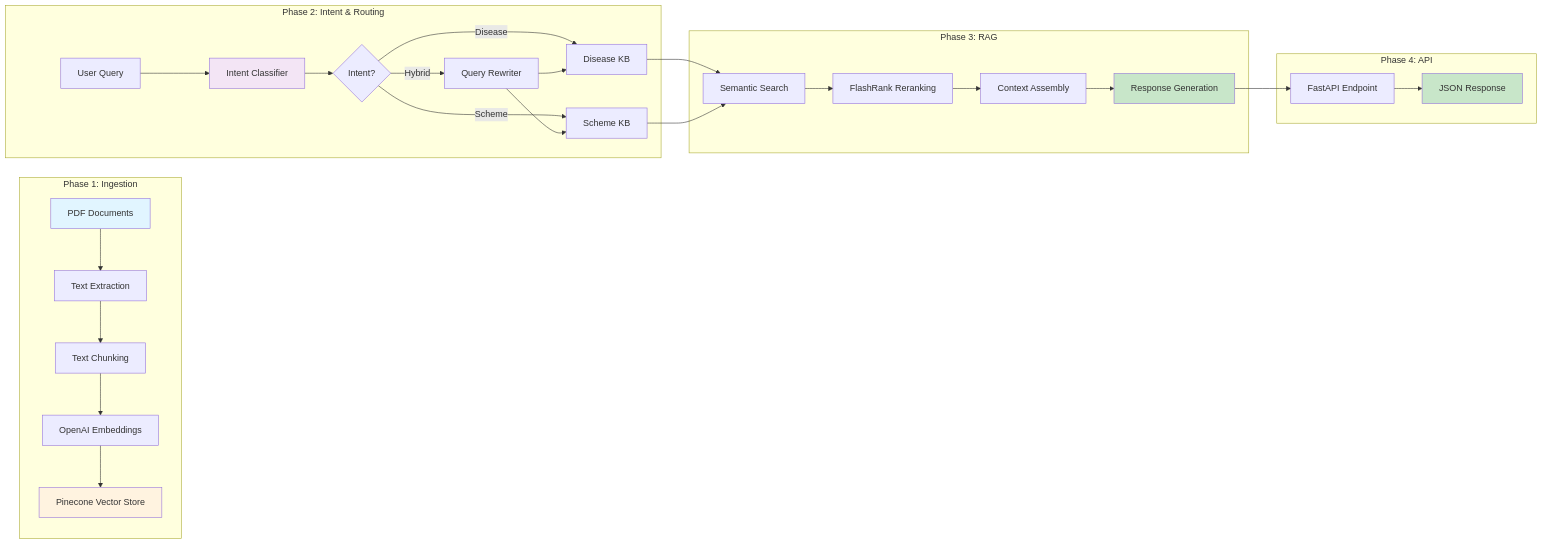
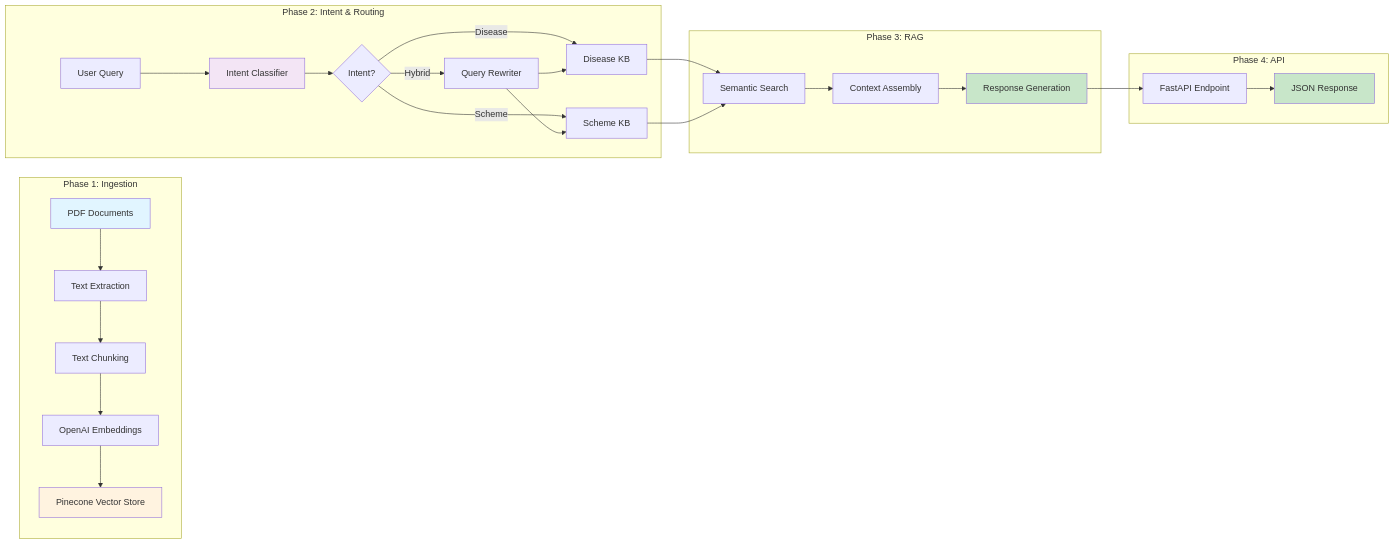
Before and after one commit to shivansh-2003/Agriculture-Chatbot: the second of 5 diagrams in README.md, drawn with Mermaid. The commit also changed other lines of this file and 9 other files, not shown here.

````diff
--- a/README.md
+++ b/README.md
@@ -111,38 +120,37 @@
 ```mermaid
 graph LR
     subgraph "Phase 1: Ingestion"
         A[PDF Documents] --> B[Text Extraction]
         B --> C[Text Chunking]
         C --> D[OpenAI Embeddings]
         D --> E[Pinecone Vector Store]
     end
     
     subgraph "Phase 2: Intent & Routing"
         F[User Query] --> G[Intent Classifier]
         G --> H{Intent?}
         H -->|Disease| I[Disease KB]
         H -->|Scheme| J[Scheme KB]
         H -->|Hybrid| K[Query Rewriter]
         K --> I
         K --> J
     end
     
     subgraph "Phase 3: RAG"
         I --> L[Semantic Search]
         J --> L
-        L --> M[FlashRank Reranking]
-        M --> N[Context Assembly]
+        L --> N[Context Assembly]
         N --> O[Response Generation]
     end
     
     subgraph "Phase 4: API"
         O --> P[FastAPI Endpoint]
         P --> Q[JSON Response]
     end
     
     style A fill:#e1f5ff
     style E fill:#fff3e0
     style G fill:#f3e5f5
     style O fill:#c8e6c9
     style Q fill:#c8e6c9
 ```
````
